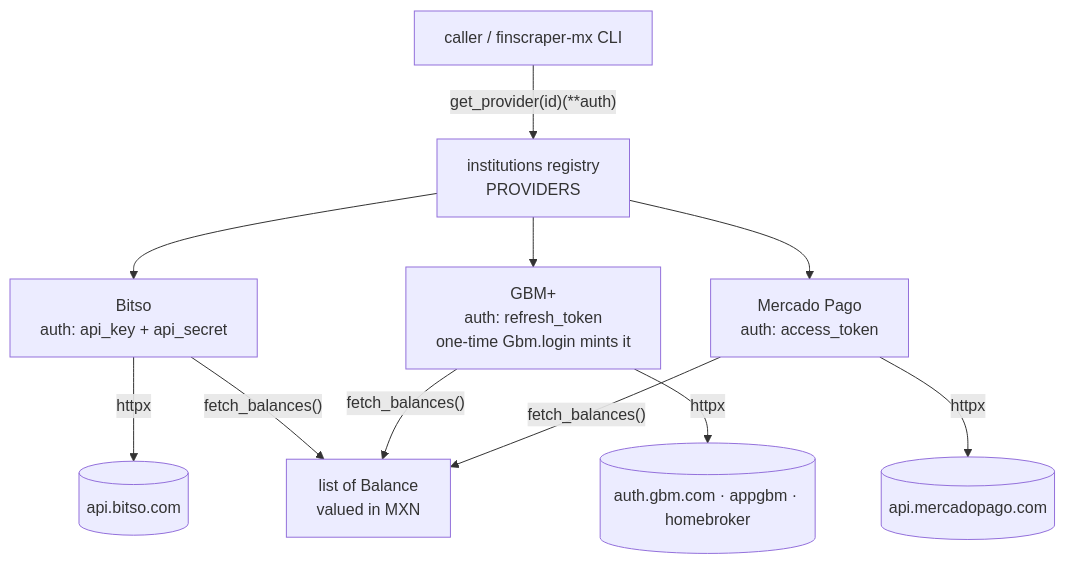
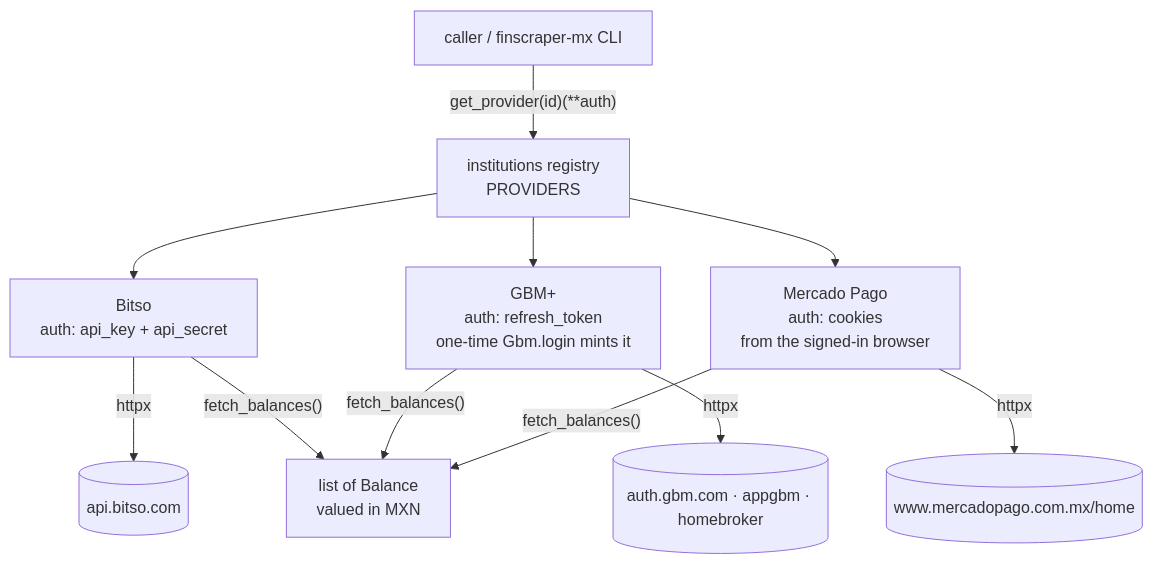
One commit to PaoloReyes/finscraper-mx changed the diagram in CLAUDE.md. Above: the diagram before and after it, drawn with Mermaid. The commit also changed other lines of this file and 5 other files, not shown here.

First line of the commit message:
Mercado Pago: read balances from the signed-in web app instead of the API

````diff
--- a/CLAUDE.md
+++ b/CLAUDE.md
@@ -26,13 +26,13 @@
 ```mermaid
 flowchart TD
   caller["caller / finscraper-mx CLI"] -->|"get_provider(id)(**auth)"| reg["institutions registry<br/>PROVIDERS"]
   reg --> bitso["Bitso<br/>auth: api_key + api_secret"]
   reg --> gbm["GBM+<br/>auth: refresh_token<br/>one-time Gbm.login mints it"]
-  reg --> mp["Mercado Pago<br/>auth: access_token"]
+  reg --> mp["Mercado Pago<br/>auth: cookies<br/>from the signed-in browser"]
   bitso -->|"httpx"| bapi[("api.bitso.com")]
   gbm -->|"httpx"| gapi[("auth.gbm.com · appgbm · homebroker")]
-  mp -->|"httpx"| mapi[("api.mercadopago.com")]
+  mp -->|"httpx"| mapi[("www.mercadopago.com.mx/home")]
   bitso -->|"fetch_balances()"| bal["list of Balance<br/>valued in MXN"]
   gbm -->|"fetch_balances()"| bal
   mp -->|"fetch_balances()"| bal
 ```
````
